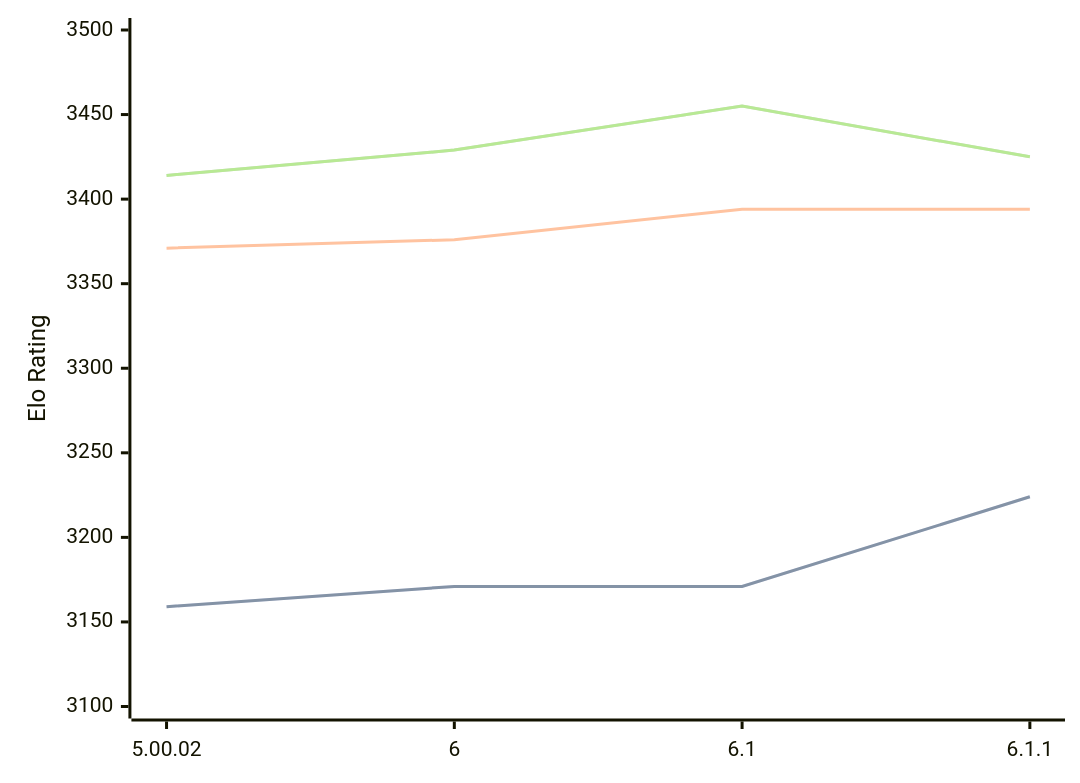
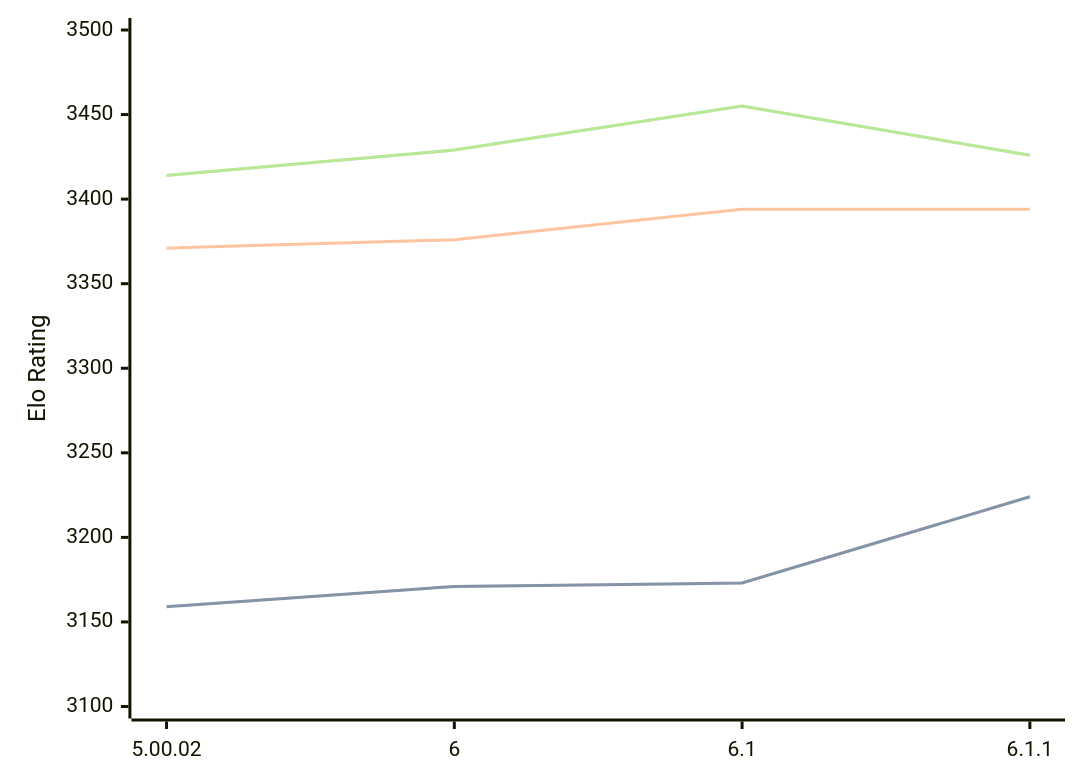
The diagram in engines/Zangdar.md (computer-chess-index/cci), drawn with Mermaid before and after one commit. The commit also changed other lines of this file, not shown here.

Commit message:
Update CCI Ratings (ELO VLTC) - 2026-03-26

````diff
--- a/engines/Zangdar.md
+++ b/engines/Zangdar.md
@@ -46,11 +46,11 @@
 ```mermaid
 %%{init: {"theme":"base","themeVariables":{"seriesColors:['#a3a3a3','#222221','#faa371']}}}%%
 xychart-beta
   x-axis ["5.00.02", "6", "6.1", "6.1.1"]
   y-axis "Elo Rating" 3100 --> 3500
-  line "STC (8.0+0.08s)" [3159, 3171, 3171, 3224]
-  line "STC (8.0+0.08s)" [3159, 3171, 3171, 3224]
+  line "STC (8.0+0.08s)" [3159, 3171, 3173, 3224]
+  line "STC (8.0+0.08s)" [3159, 3171, 3173, 3224]
   line "LTC (60.0+0.60s)" [3371, 3376, 3394, 3394]
-  line "VLTC (2m24s+1.12s)" [3414, 3429, 3455, 3425]
-  line "VLTC (2m24s+1.12s)" [3414, 3429, 3455, 3425]
+  line "VLTC (2m24s+1.12s)" [3414, 3429, 3455, 3426]
+  line "VLTC (2m24s+1.12s)" [3414, 3429, 3455, 3426]
 ```
````
